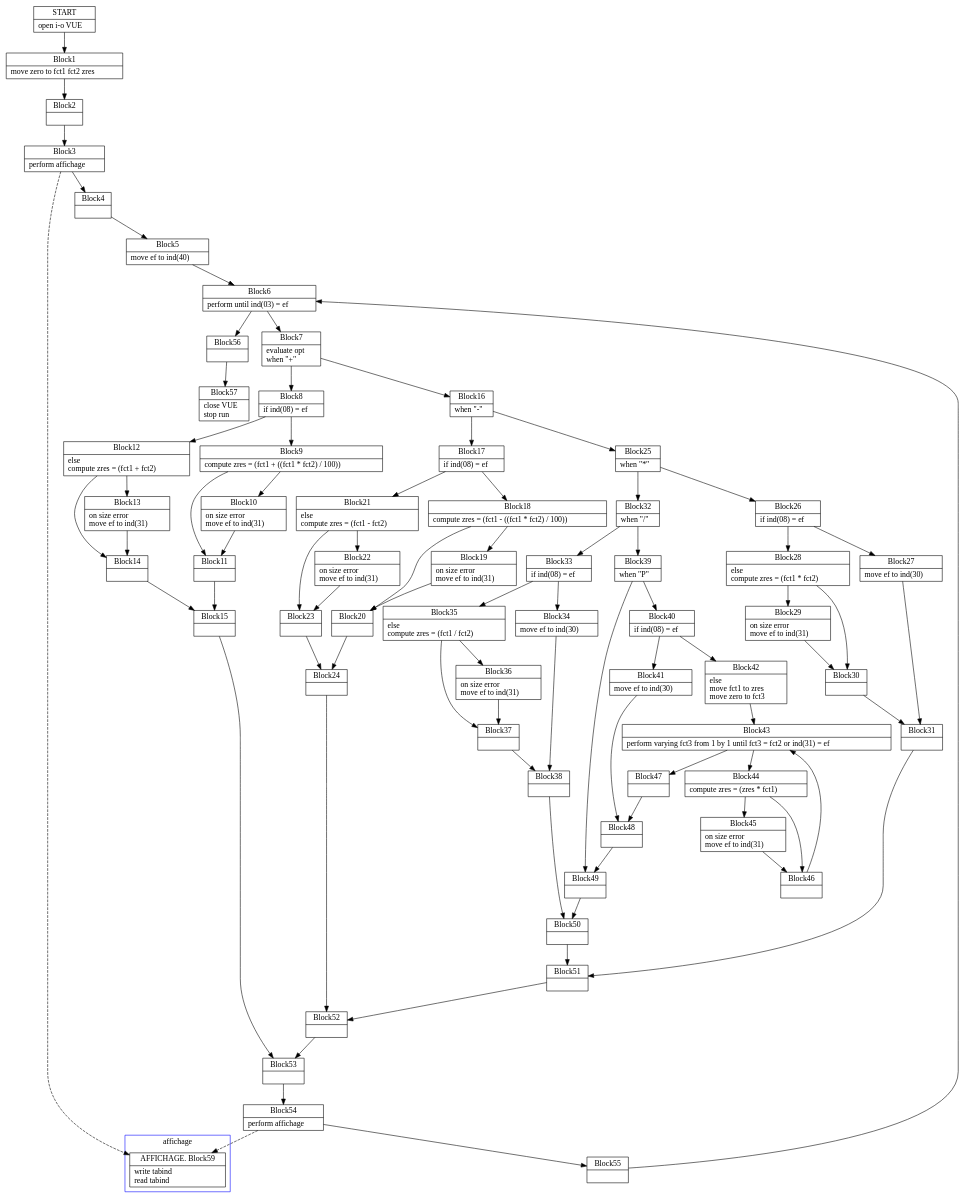
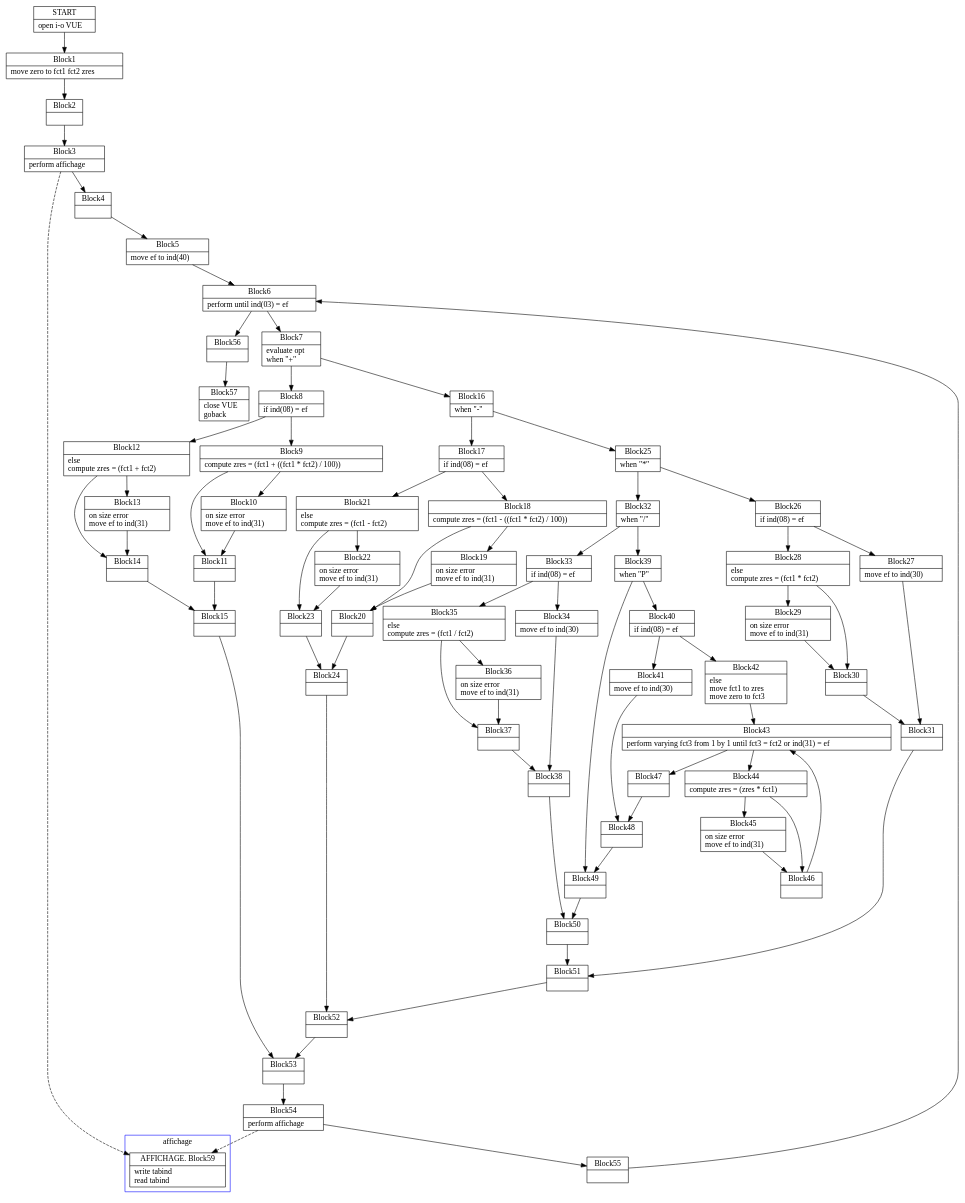
Before and after one commit to TypeCobolTeam/TypeCobol: the diagram in TypeCobol.Analysis.Test/DotOutput/MixPerformEvaluateIf0.dot, drawn with Graphviz. The commit also changed 9 other files, not shown here.

```diff
--- a/TypeCobol.Analysis.Test/DotOutput/MixPerformEvaluateIf0.dot
+++ b/TypeCobol.Analysis.Test/DotOutput/MixPerformEvaluateIf0.dot
@@ -199,7 +199,7 @@
 label = "{Block56|}"
 ]
 Block57 [
-label = "{Block57|    close VUE\l              stop run\l}"
+label = "{Block57|    close VUE\l              goback\l}"
 ]
 Block0 -> Block1
 Block1 -> Block2
```
